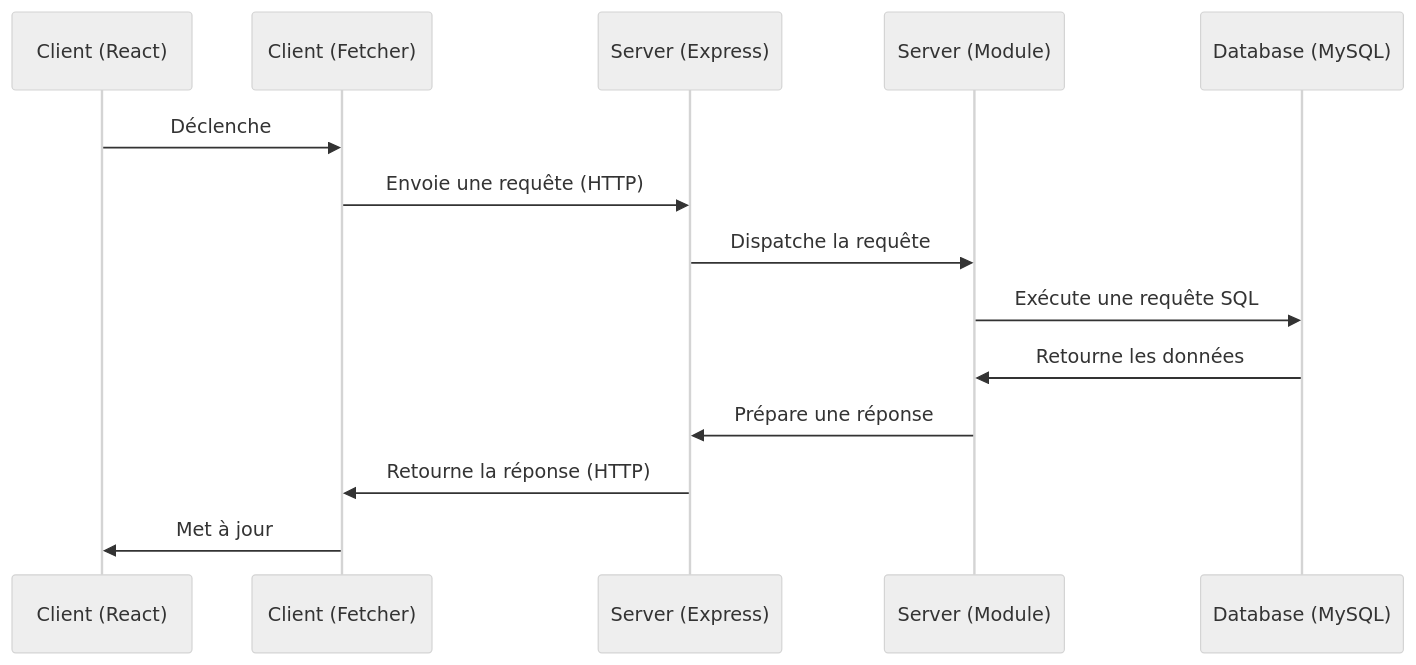
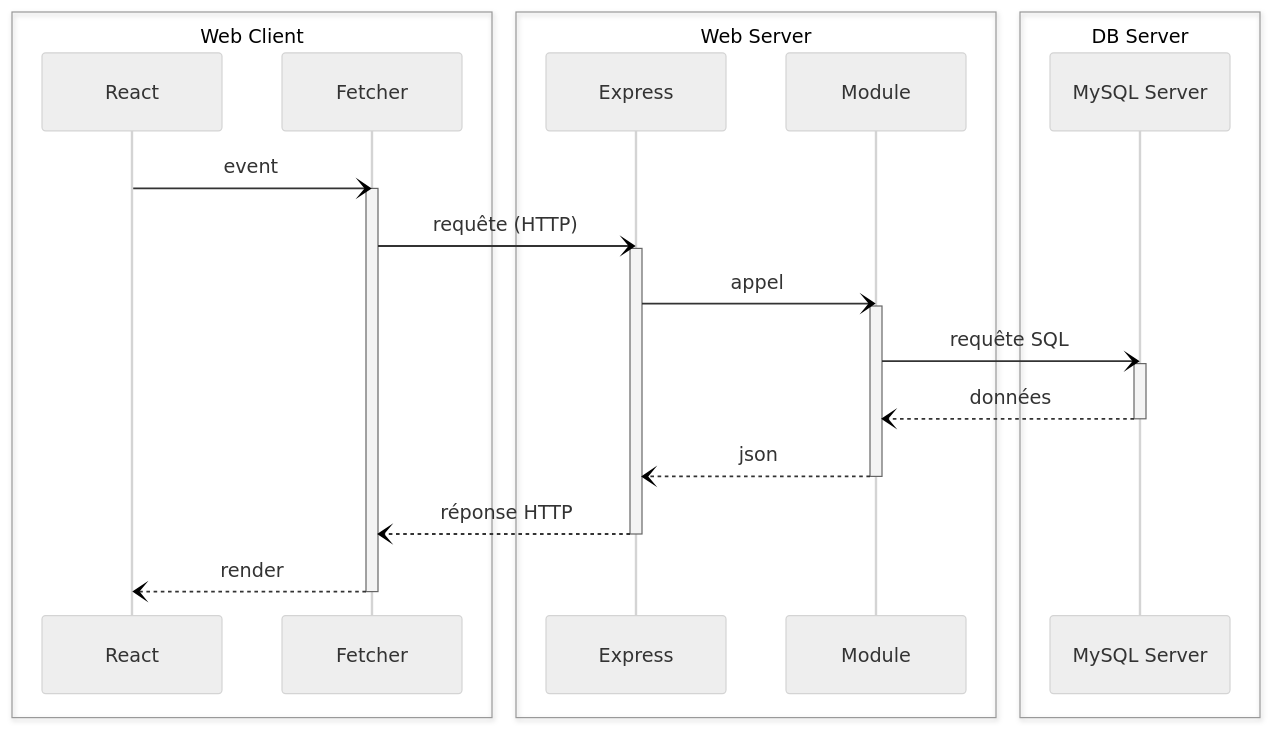
One commit to WildCodeSchool/create-js-monorepo changed the diagram in template/README.template.md. Above: the diagram before and after it, drawn with Mermaid (neutral theme).

Commit message:
improved template README

````diff
--- a/template/README.template.md
+++ b/template/README.template.md
@@ -5,17 +5,31 @@
 ```mermaid
 sequenceDiagram
-    participant ClientR as Client (React)
-    participant ClientF as Client (Fetcher)
-    participant ServerE as Server (Express)
-    participant ServerM as Server (Module)
-    participant DB as Database (MySQL)
+    box Web Client
+    participant React as React
+    participant Fetcher as Fetcher
+    end
+    box Web Server
+    participant Express as Express
+    participant Module as Module
+    end
+    box DB Server
+    participant DB as MySQL Server
+    end
 
-    ClientR->>ClientF: Déclenche
-    ClientF->>ServerE: Envoie une requête (HTTP)
-    ServerE->>ServerM: Dispatche la requête
-    ServerM->>DB: Exécute une requête SQL
-    DB->>ServerM: Retourne les données
-    ServerM->>ServerE: Prépare une réponse
-    ServerE->>ClientF: Retourne la réponse (HTTP)
-    ClientF->>ClientR: Met à jour
+    React-)Fetcher: event
+    activate Fetcher
+    Fetcher-)Express: requête (HTTP)
+    activate Express
+    Express-)Module: appel
+    activate Module
+    Module-)DB: requête SQL
+    activate DB
+    DB--)Module: données
+    deactivate DB
+    Module--)Express: json
+    deactivate Module
+    Express--)Fetcher: réponse HTTP
+    deactivate Express
+    Fetcher--)React: render
+    deactivate Fetcher
 ```
````
